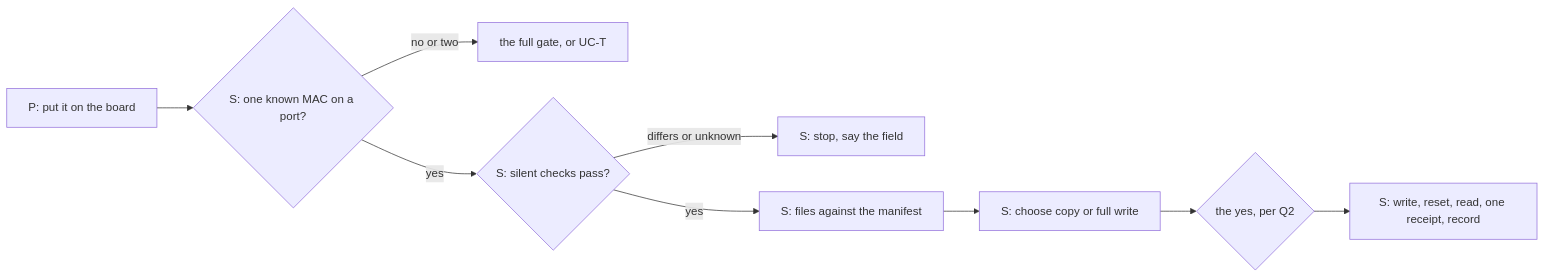
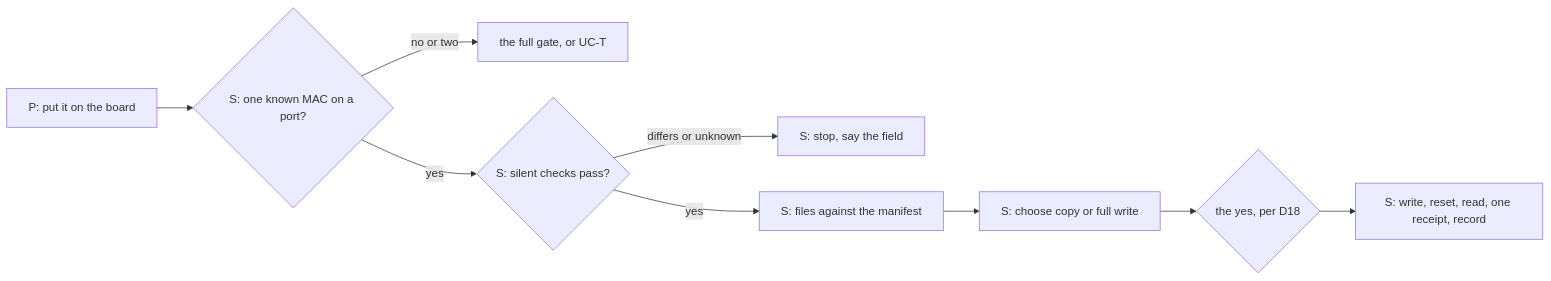
Before and after one commit to xmejkal/spark: the fourth of 14 diagrams in docs/discovery/2026-10-13-p218-deploy-and-board/jobs-and-journeys.md, drawn with Mermaid. The commit also changed other lines of this file and 5 other files, not shown here.

````diff
--- a/docs/discovery/2026-10-13-p218-deploy-and-board/jobs-and-journeys.md
+++ b/docs/discovery/2026-10-13-p218-deploy-and-board/jobs-and-journeys.md
@@ -145,11 +145,11 @@
 ```mermaid
 flowchart LR
   p1["P: put it on the board"] --> s2{"S: one known MAC on a port?"}
   s2 -->|no or two| gate["the full gate, or UC-T"]
   s2 -->|yes| s3{"S: silent checks pass?"}
   s3 -->|differs or unknown| stop["S: stop, say the field"]
   s3 -->|yes| s4["S: files against the manifest"]
   s4 --> s5["S: choose copy or full write"]
-  s5 --> y{"the yes, per Q2"}
+  s5 --> y{"the yes, per D18"}
   y --> s7["S: write, reset, read, one receipt, record"]
 ```
````
